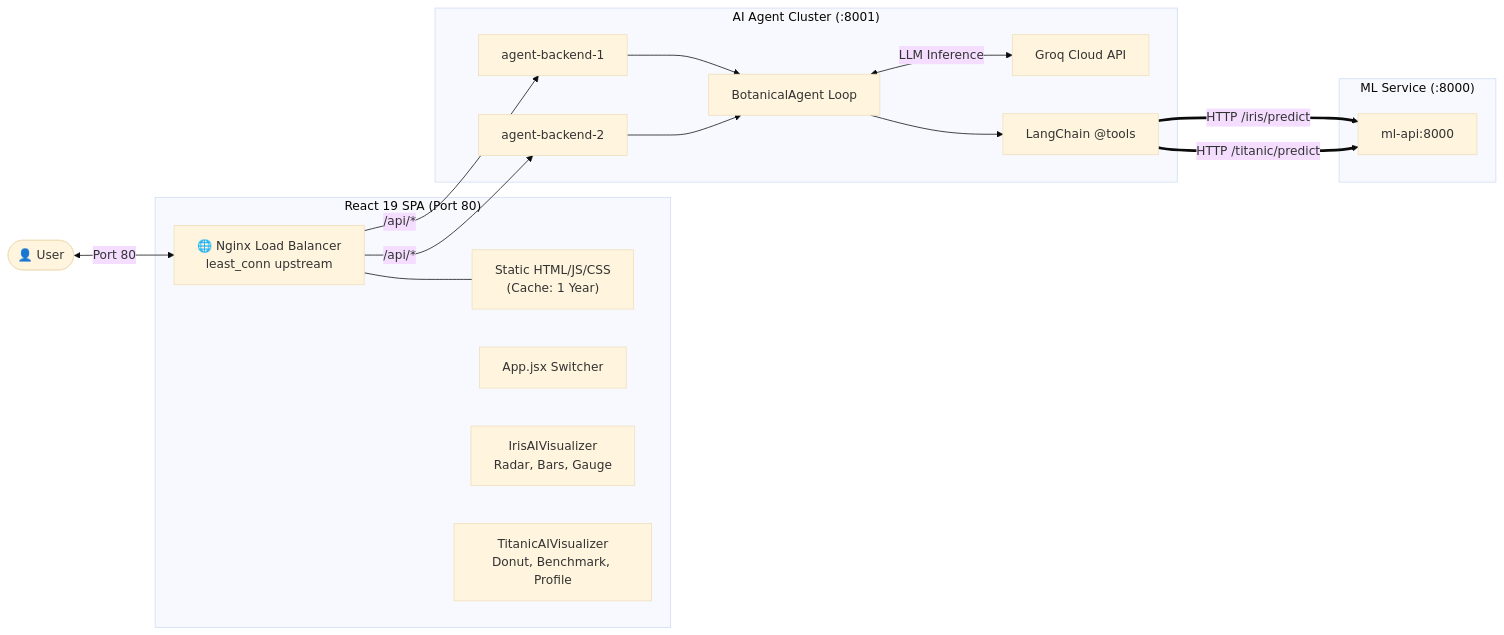
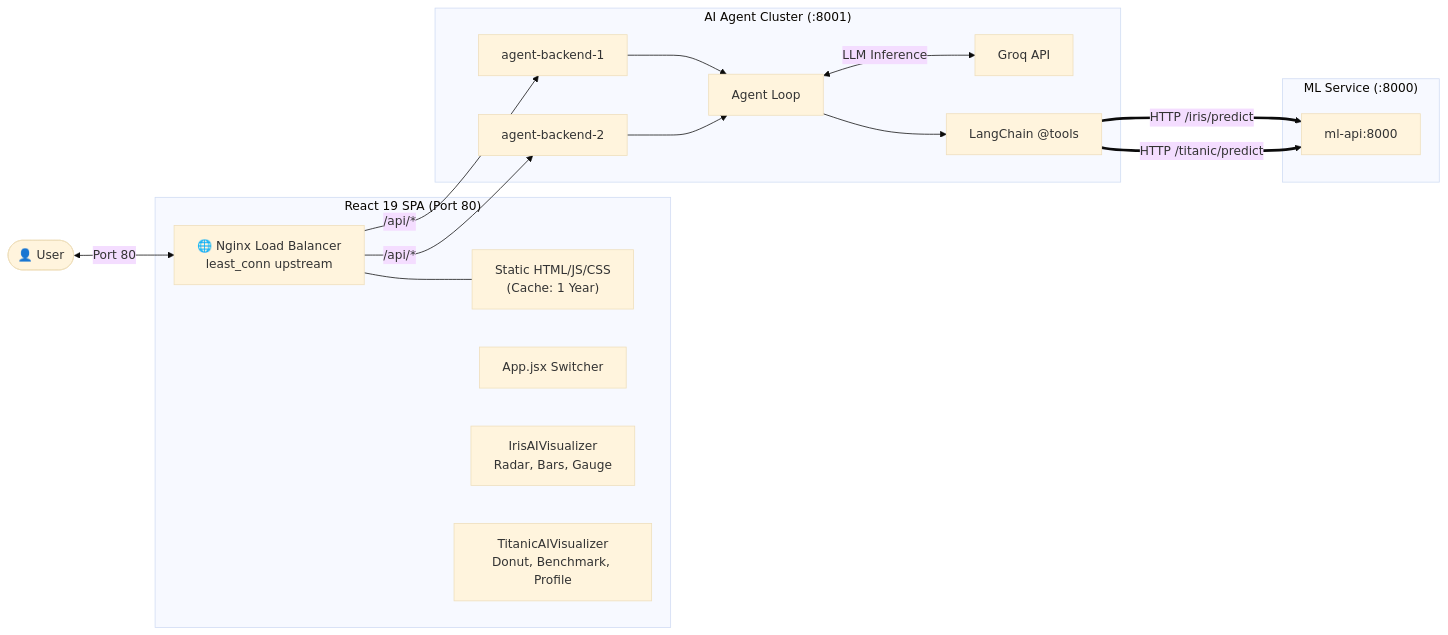
The second of 3 diagrams in README.md (Subham110/ReAct), drawn with Mermaid (base theme) before and after one commit.

````diff
--- a/README.md
+++ b/README.md
@@ -222,25 +222,25 @@
 ```mermaid
 flowchart LR
     User(["👤 User"]) <-->|Port 80| Nginx["🌐 Nginx Load Balancer<br/>least_conn upstream"]
 
     subgraph FrontendModule ["React 19 SPA (Port 80)"]
         Nginx --- StaticAssets["Static HTML/JS/CSS<br/>(Cache: 1 Year)"]
         AppSwitch["App.jsx Switcher"]
         IrisCard["IrisAIVisualizer<br/>Radar, Bars, Gauge"]
         TitanicCard["TitanicAIVisualizer<br/>Donut, Benchmark, Profile"]
     end
 
     subgraph AgentCluster ["AI Agent Cluster (:8001)"]
         Nginx -->|/api/*| Backend1["agent-backend-1"]
         Nginx -->|/api/*| Backend2["agent-backend-2"]
         
-        Backend1 & Backend2 --> ReAct["BotanicalAgent Loop"]
-        ReAct <-->|LLM Inference| Groq["Groq Cloud API"]
+        Backend1 & Backend2 --> ReAct["Agent Loop"]
+        ReAct <-->|LLM Inference| Groq["Groq API"]
         ReAct --> Tools["LangChain @tools"]
     end
 
     subgraph MLService ["ML Service (:8000)"]
         Tools ==>|HTTP /iris/predict| ML["ml-api:8000"]
         Tools ==>|HTTP /titanic/predict| ML
     end
 ```
````
